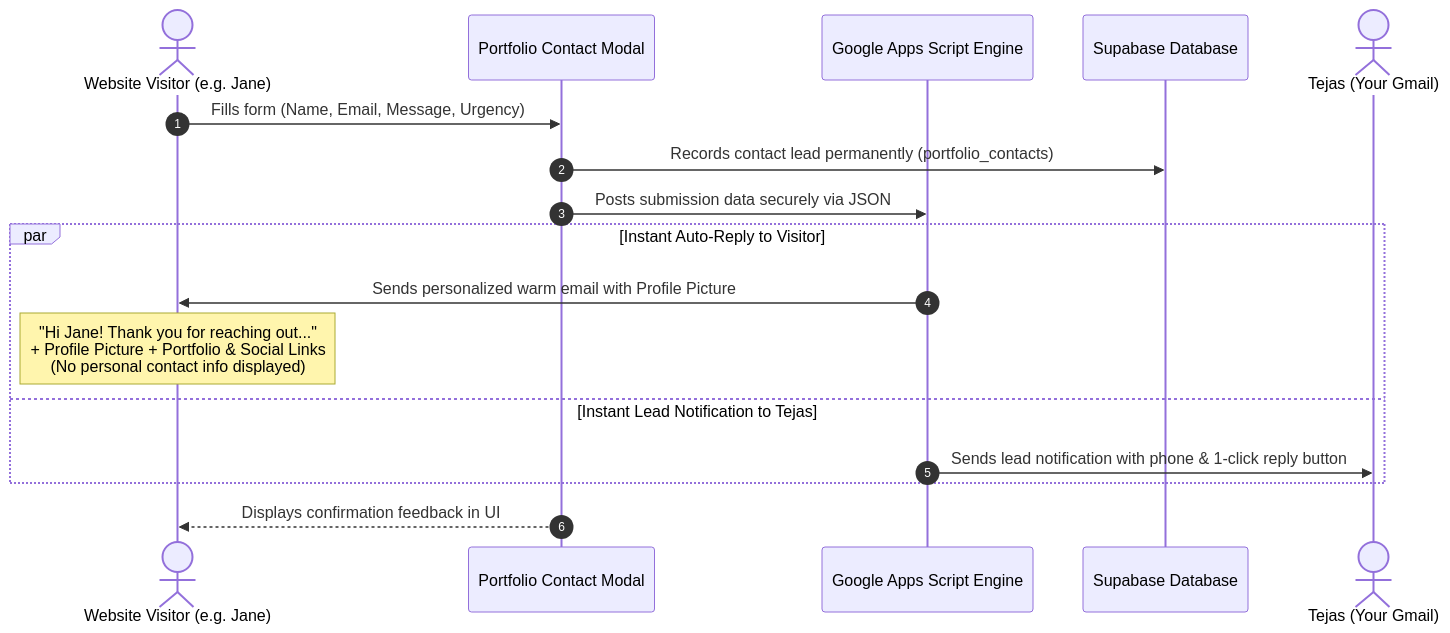
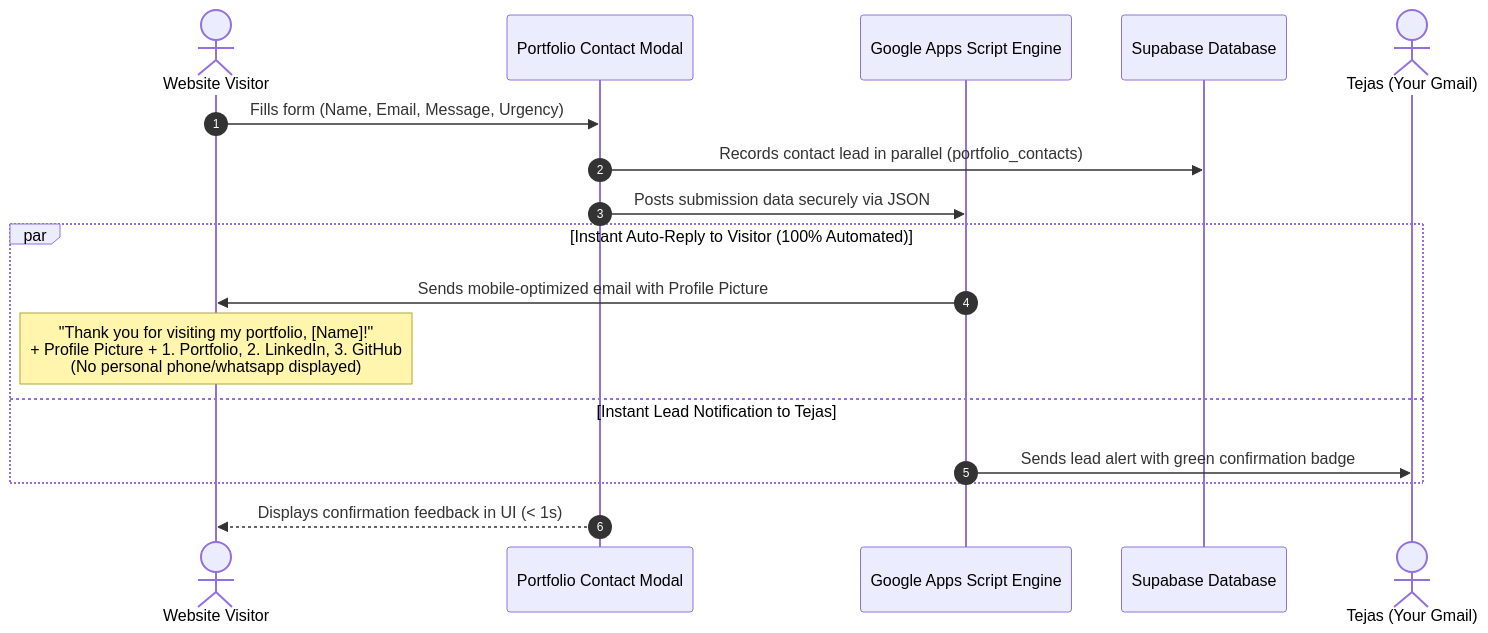
One commit to TCWaghmare/Tejas_Portfolio_Website changed the diagram in AUTORESPONDER_SETUP_GUIDE.md. Above: the diagram before and after it, drawn with Mermaid. The commit also changed other lines of this file and 1 other file, not shown here.

Commit message:
fix(mobile): optimize email template for mobile Gmail, remove broken emojis, single-line action buttons

````diff
--- a/AUTORESPONDER_SETUP_GUIDE.md
+++ b/AUTORESPONDER_SETUP_GUIDE.md
@@ -9,20 +23,20 @@
 ```mermaid
 sequenceDiagram
     autonumber
-    actor Visitor as Website Visitor (e.g. Jane)
+    actor Visitor as Website Visitor
     participant Form as Portfolio Contact Modal
     participant GAS as Google Apps Script Engine
     participant Supabase as Supabase Database
     actor Tejas as Tejas (Your Gmail)
 
     Visitor->>Form: Fills form (Name, Email, Message, Urgency)
-    Form->>Supabase: Records contact lead permanently (portfolio_contacts)
+    Form->>Supabase: Records contact lead in parallel (portfolio_contacts)
     Form->>GAS: Posts submission data securely via JSON
-    par Instant Auto-Reply to Visitor
-        GAS->>Visitor: Sends personalized warm email with Profile Picture
-        Note over Visitor: "Hi Jane! Thank you for reaching out..."<br/>+ Profile Picture + Portfolio & Social Links<br/>(No personal contact info displayed)
+    par Instant Auto-Reply to Visitor (100% Automated)
+        GAS->>Visitor: Sends mobile-optimized email with Profile Picture
+        Note over Visitor: "Thank you for visiting my portfolio, [Name]!"<br/>+ Profile Picture + 1. Portfolio, 2. LinkedIn, 3. GitHub<br/>(No personal phone/whatsapp displayed)
     and Instant Lead Notification to Tejas
-        GAS->>Tejas: Sends lead notification with phone & 1-click reply button
+        GAS->>Tejas: Sends lead alert with green confirmation badge
     end
-    Form-->>Visitor: Displays confirmation feedback in UI
+    Form-->>Visitor: Displays confirmation feedback in UI (< 1s)
 ```
````
